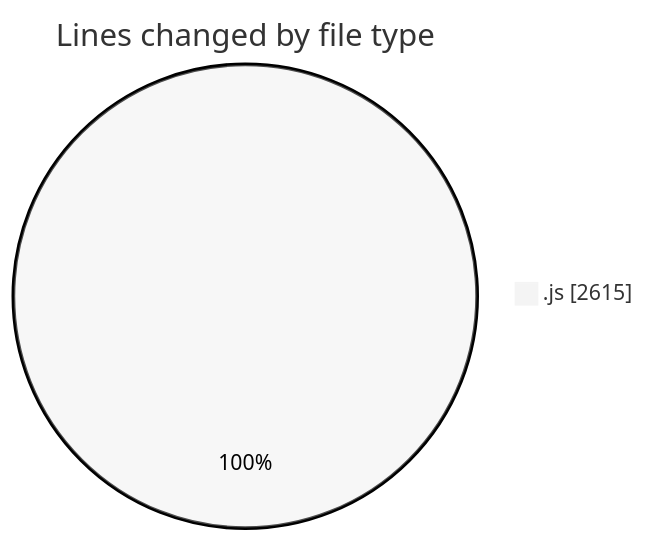
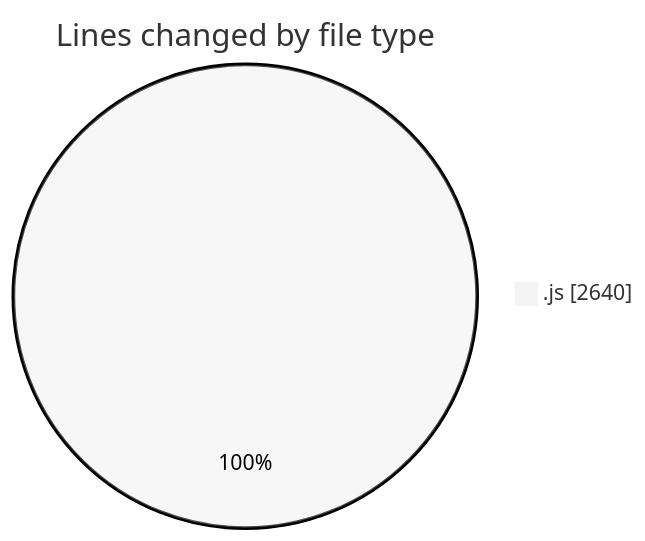
The first of 2 diagrams in 2025-09-02/nxtqube_webapp/README.md (nxtqubesakshisongat/code-tracking), drawn with Mermaid (neutral theme) before and after one commit. The commit also changed other lines of this file and 1 other file, not shown here.

````diff
--- a/2025-09-02/nxtqube_webapp/README.md
+++ b/2025-09-02/nxtqube_webapp/README.md
@@ -20,5 +20,5 @@
 ```mermaid
 pie showData
 title Lines changed by file type
-".js" : 2615
+".js" : 2640
 ```
````
